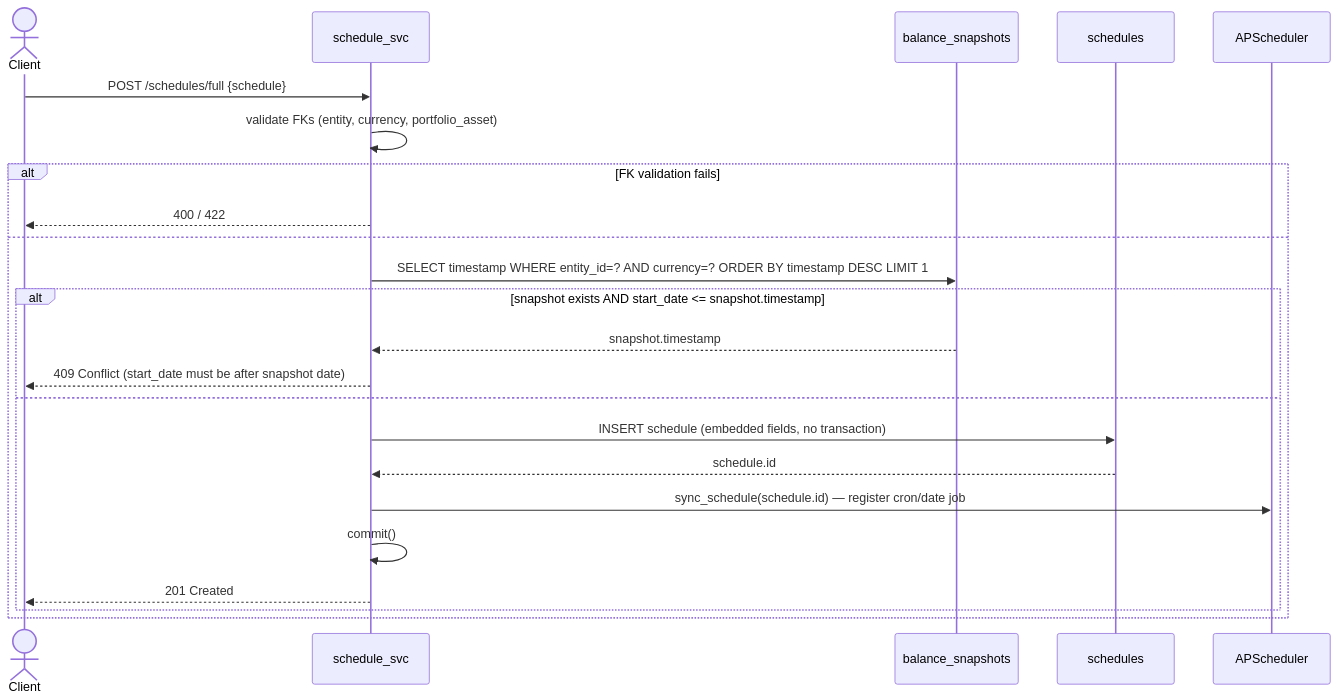
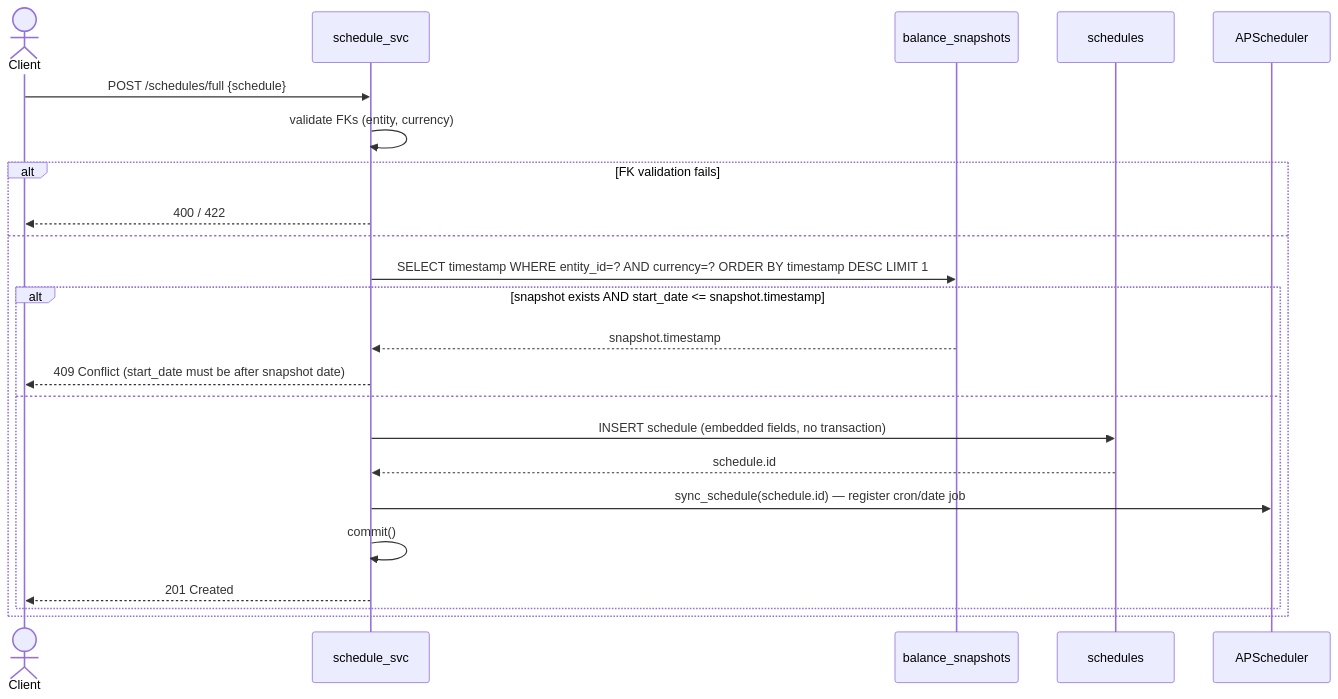
One commit to alvmarrod/personal-fin-hub changed the sixth of 14 diagrams in doc/workflow.md. Above: the diagram before and after it, drawn with Mermaid. The commit also changed other lines of this file and 11 other files, not shown here.

````diff
--- a/doc/workflow.md
+++ b/doc/workflow.md
@@ -677,26 +695,26 @@
 ```mermaid
 sequenceDiagram
     actor Client
     participant Svc as schedule_svc
     participant DB_bs as balance_snapshots
     participant DB_sc as schedules
     participant APS as APScheduler
 
     Client->>Svc: POST /schedules/full {schedule}
-    Svc->>Svc: validate FKs (entity, currency, portfolio_asset)
+    Svc->>Svc: validate FKs (entity, currency)
     alt FK validation fails
         Svc-->>Client: 400 / 422
     else
         Svc->>DB_bs: SELECT timestamp WHERE entity_id=? AND currency=? ORDER BY timestamp DESC LIMIT 1
         alt snapshot exists AND start_date <= snapshot.timestamp
             DB_bs-->>Svc: snapshot.timestamp
             Svc-->>Client: 409 Conflict (start_date must be after snapshot date)
         else
             Svc->>DB_sc: INSERT schedule (embedded fields, no transaction)
             DB_sc-->>Svc: schedule.id
             Svc->>APS: sync_schedule(schedule.id) — register cron/date job
             Svc->>Svc: commit()
             Svc-->>Client: 201 Created
         end
     end
 ```
````
